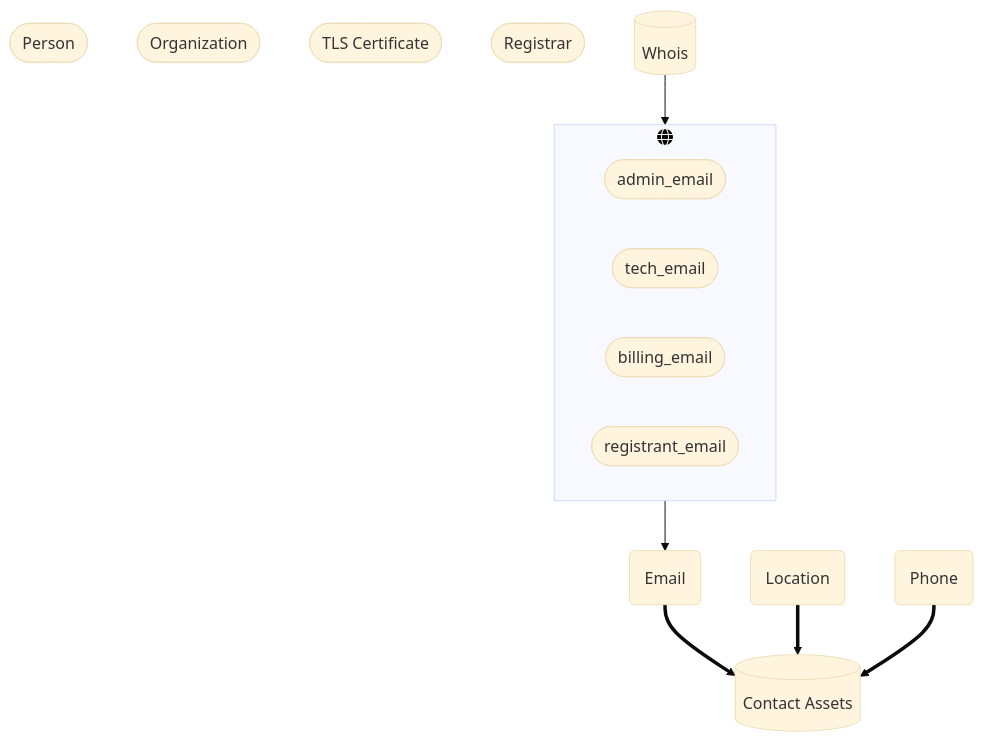
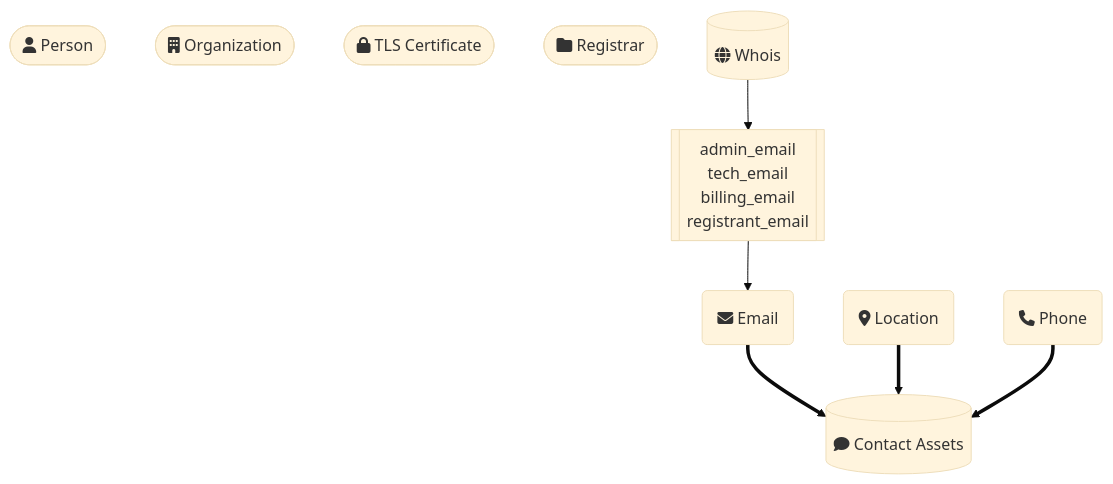
Before and after one commit to owasp-amass/docs: the diagram in docs/open-asset-model/contact.md, drawn with Mermaid (base theme).

````diff
--- a/docs/open-asset-model/contact.md
+++ b/docs/open-asset-model/contact.md
@@ -1,30 +1,31 @@
 ``` mermaid
 flowchart TD
-Contact[("Contact Assets")]
+Contact[("fa:fa-comment Contact Assets")]
 
-Email(Email)
-Location(Location)
-Phone(Phone)
+Email("fa:fa-envelope Email")
+Location("fa:fa-location-dot Location")
+Phone("fa:fa-phone Phone")
 
 Email ==> Contact
 Location ==> Contact
 Phone ==> Contact
 
-Person([Person])
-Organization([Organization])
-TLSCertificate(["TLS Certificate"])
-Registrar([Registrar])
-Whois[(Whois)]
+Person(["fa:fa-user Person"])
+Organization(["fa:fa-building Organization"])
+TLSCertificate(["fa:fa-lock TLS Certificate"])
+Registrar(["fa:fa-folder Registrar"])
+Whois[("fa:fa-globe Whois")]
 
 
- subgraph whoisEmail["fa:fa-globe"]
-        direction RL
-        adminLocation([admin_email])
-        techEmail([tech_email])
-        billingEmail([billing_email])
-        registrantEmail([registrant_email])
-    end
+whoisEmail@{shape: subproc, label: "admin_email
+tech_email
+billing_email
+registrant_email" }
+
+
+
+
 
 whoisEmail --> Email
 Whois --> whoisEmail
 ```
````
